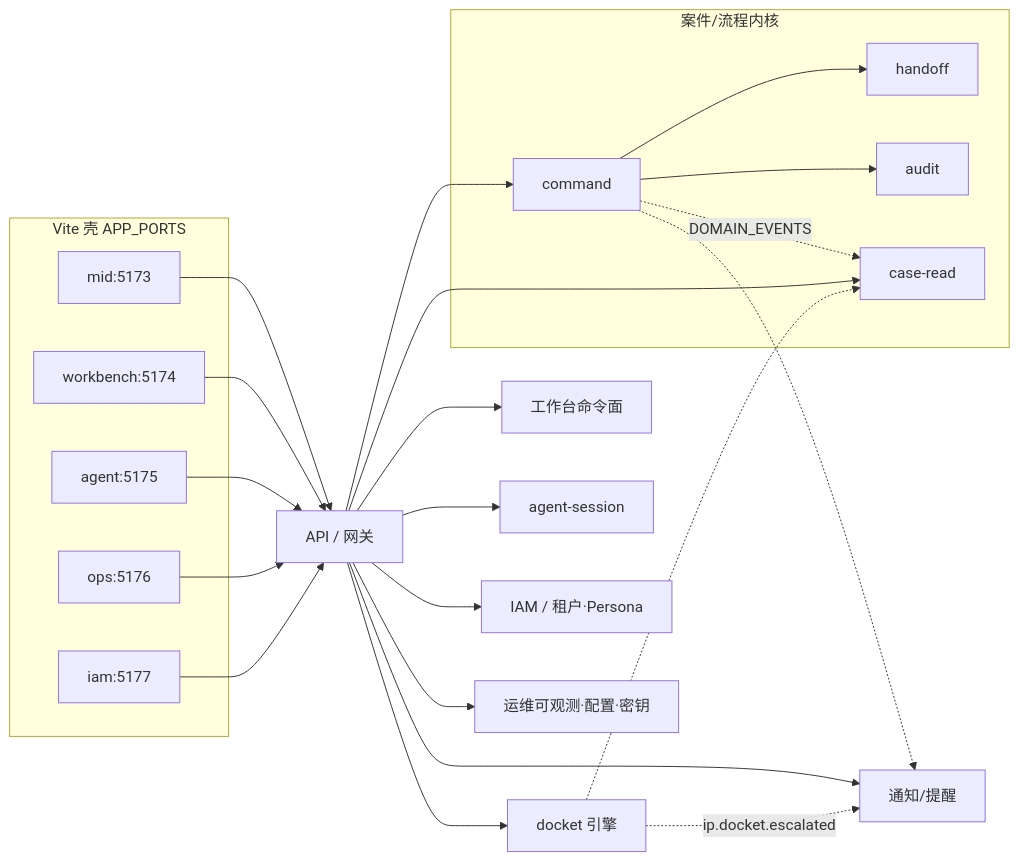
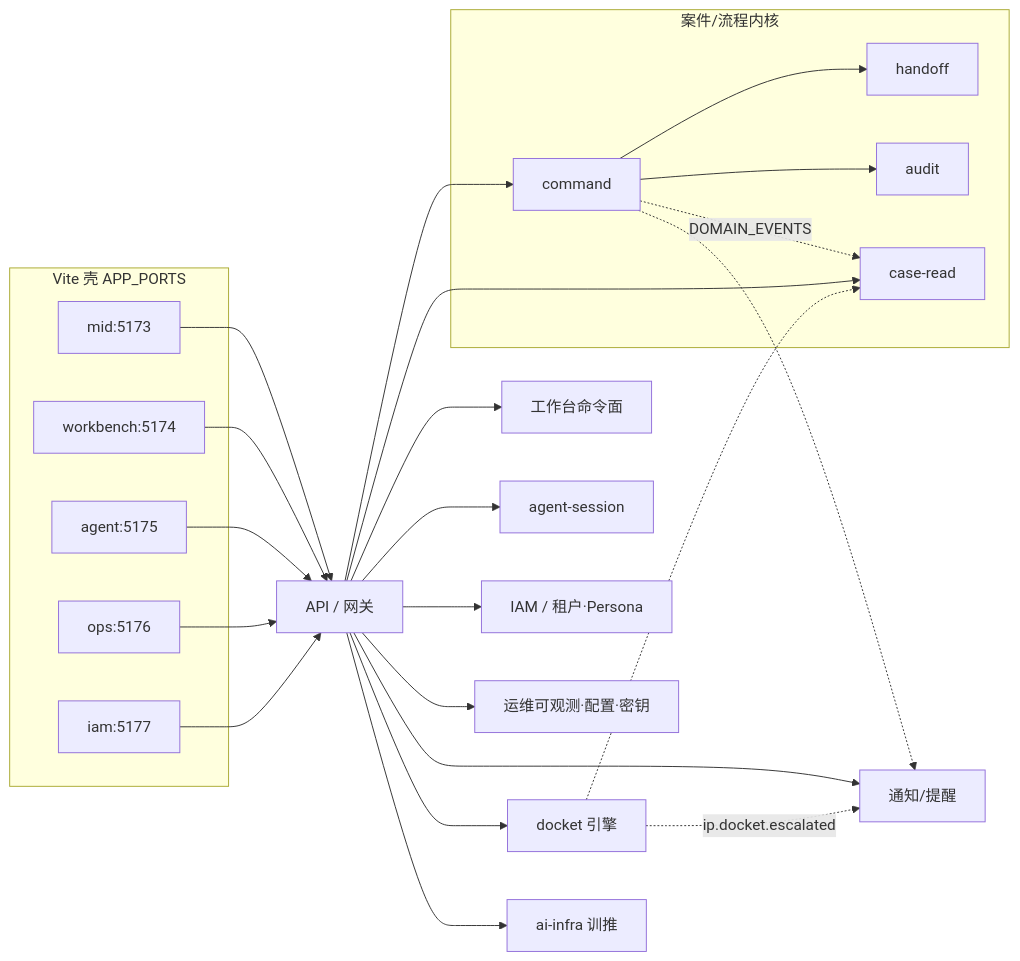
The diagram in docs/architecture/landing/backends.md (Yapeng-Gao/ip-harness), drawn with Mermaid before and after one commit. The commit also changed other lines of this file and 9 other files, not shown here.

First line of the commit message:
docs(architecture): add AI Infra plane (≠ ops-platform)

````diff
--- a/docs/architecture/landing/backends.md
+++ b/docs/architecture/landing/backends.md
@@ -9,42 +9,44 @@
 ```mermaid
 flowchart LR
   subgraph shells["Vite 壳 APP_PORTS"]
     mid["mid:5173"]
     wb["workbench:5174"]
     ag["agent:5175"]
     ops["ops:5176"]
     iam["iam:5177"]
   end
   gw["API / 网关"]
   subgraph core["案件/流程内核"]
     cmd["command"]
     case["case-read"]
     ho["handoff"]
     aud["audit"]
   end
   wbcmd["工作台命令面"]
   agen["agent-session"]
   iamsvc["IAM / 租户·Persona"]
   obs["运维可观测·配置·密钥"]
   ntf["通知/提醒"]
   dok["docket 引擎"]
+  aiInfra["ai-infra 训推"]
   mid --> gw
   wb --> gw
   ag --> gw
   ops --> gw
   iam --> gw
   gw --> cmd
   gw --> case
   gw --> wbcmd
   gw --> agen
   gw --> iamsvc
   gw --> obs
   gw --> ntf
   gw --> dok
+  gw --> aiInfra
   cmd --> ho
   cmd --> aud
   cmd -.->|DOMAIN_EVENTS| case
   cmd -.-> ntf
   dok -.->|ip.docket.escalated| ntf
   dok -.-> case
 ```
````
